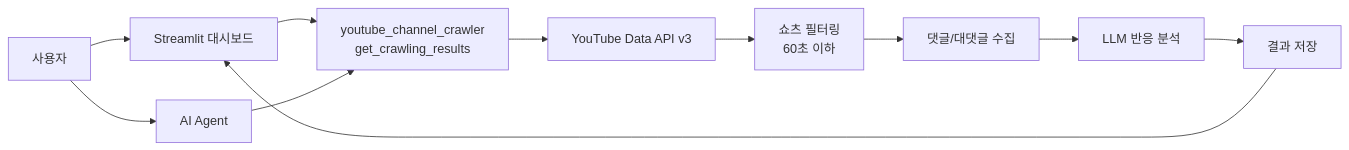
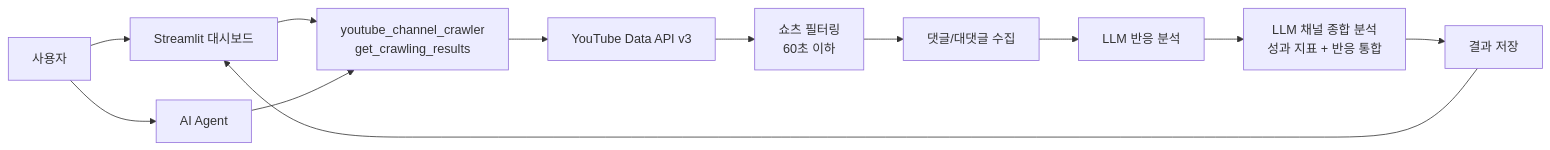
One commit to yejo0it/youtube-shorts-agent changed the first of 3 diagrams in README.md. Above: the diagram before and after it, drawn with Mermaid. The commit also changed other lines of this file and 19 other files, not shown here.

````diff
--- a/README.md
+++ b/README.md
@@ -11,28 +11,30 @@
 ```mermaid
 flowchart LR
     USER["사용자"]
 
     UI["Streamlit 대시보드"]
     AGENT["AI Agent"]
 
     TOOLS["youtube_channel_crawler<br/>get_crawling_results"]
 
     YT["YouTube Data API v3"]
     FILTER["쇼츠 필터링<br/>60초 이하"]
     COMMENT["댓글/대댓글 수집"]
     LLM["LLM 반응 분석"]
+    OVERALL["LLM 채널 종합 분석<br/>성과 지표 + 반응 통합"]
     STORE["결과 저장"]
 
     USER --> UI
     USER --> AGENT
 
     UI --> TOOLS
     AGENT --> TOOLS
 
     TOOLS --> YT
     YT --> FILTER
     FILTER --> COMMENT
     COMMENT --> LLM
-    LLM --> STORE
+    LLM --> OVERALL
+    OVERALL --> STORE
     STORE --> UI
 ```
````
